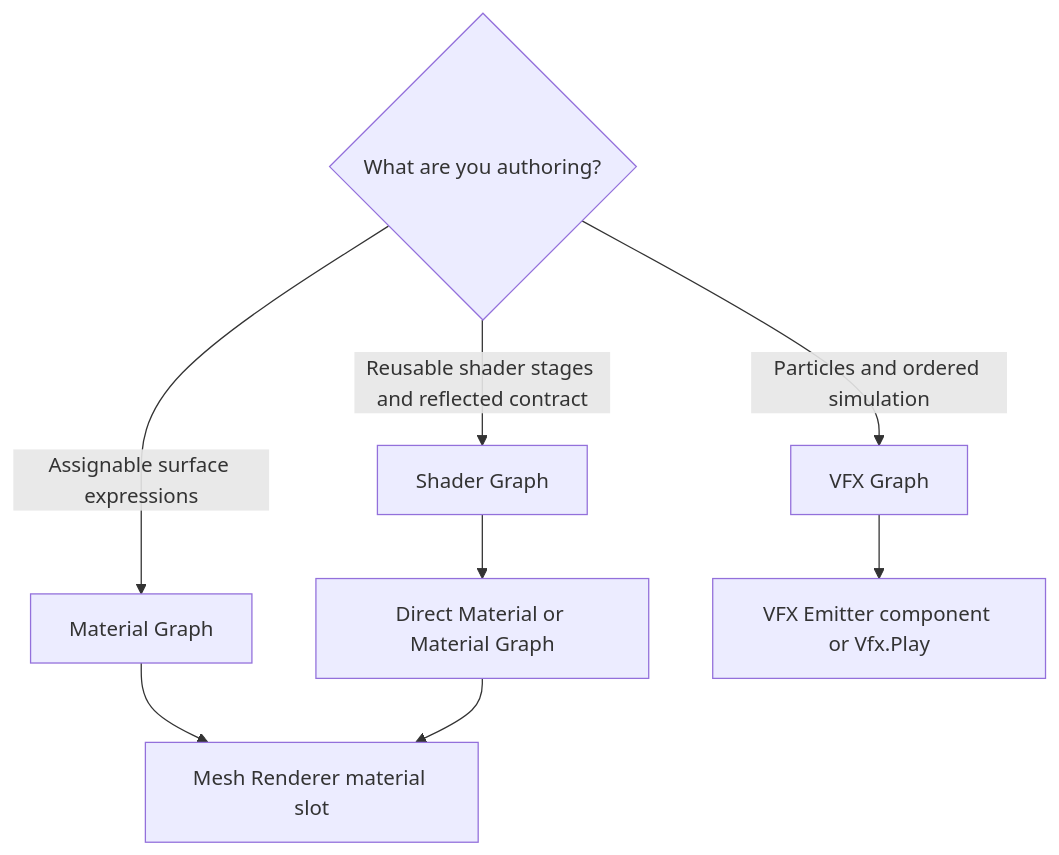
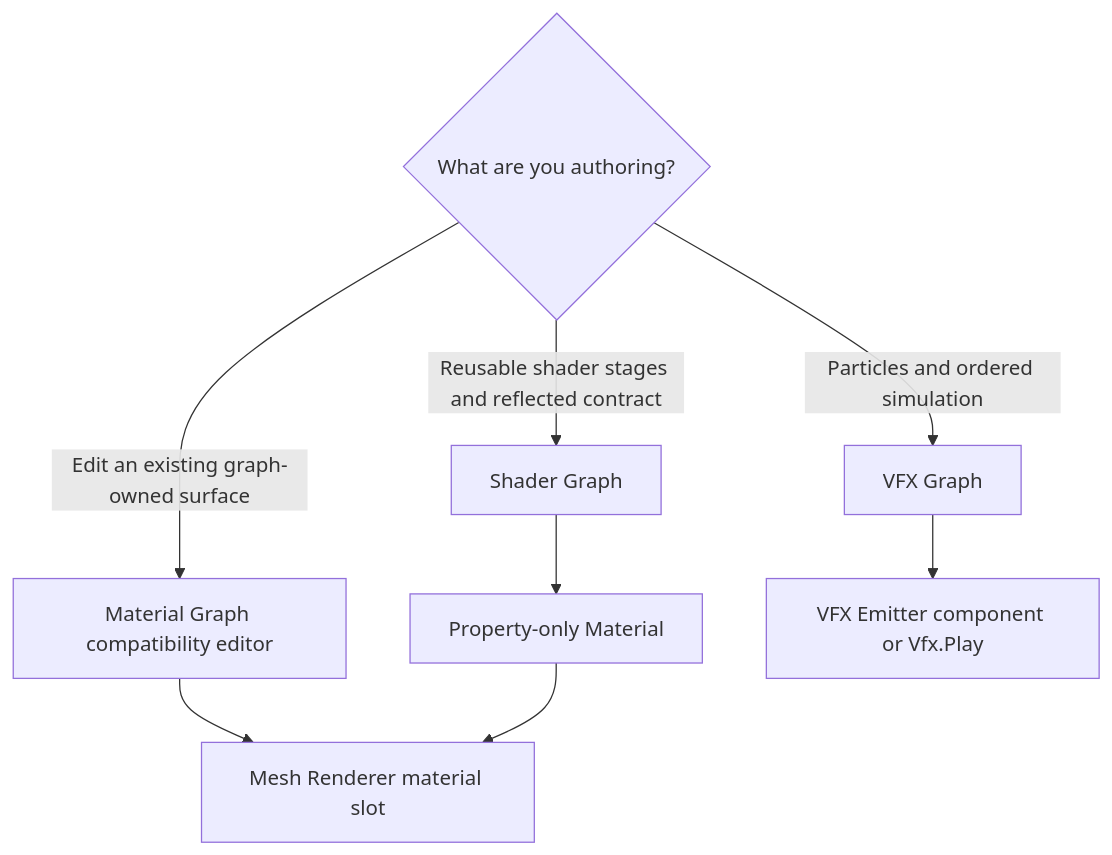
The fifth of 5 diagrams in Docs/Manual/VisualWorkflowMaps.md (hcfgod/KeireEngine), drawn with Mermaid before and after one commit. The commit also changed 41 other files, not shown here.

````diff
--- a/Docs/Manual/VisualWorkflowMaps.md
+++ b/Docs/Manual/VisualWorkflowMaps.md
@@ -85,11 +85,11 @@
 ```mermaid
 flowchart TD
     Need{"What are you authoring?"}
     Need -->|"Reusable shader stages and reflected contract"| Shader["Shader Graph"]
-    Need -->|"Assignable surface expressions"| Material["Material Graph"]
+    Need -->|"Edit an existing graph-owned surface"| Material["Material Graph compatibility editor"]
     Need -->|"Particles and ordered simulation"| Vfx["VFX Graph"]
-    Shader --> Surface["Direct Material or Material Graph"]
+    Shader --> Surface["Property-only Material"]
     Material --> Renderer["Mesh Renderer material slot"]
     Surface --> Renderer
     Vfx --> Emitter["VFX Emitter component or Vfx.Play"]
 ```
````
